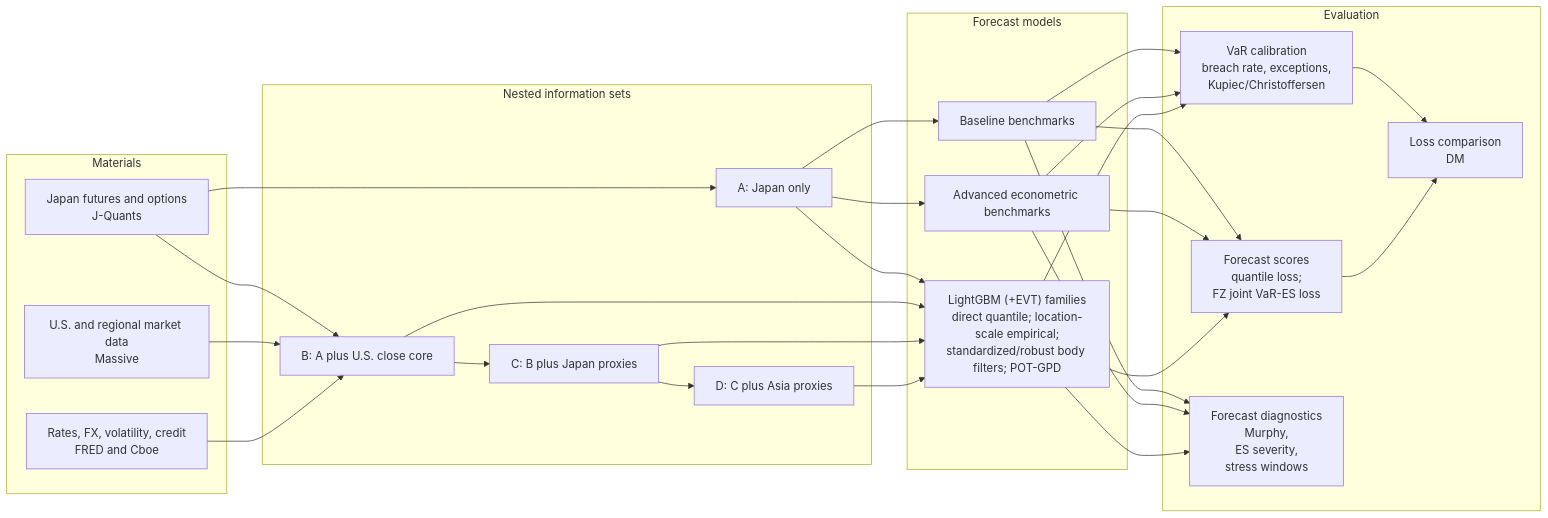
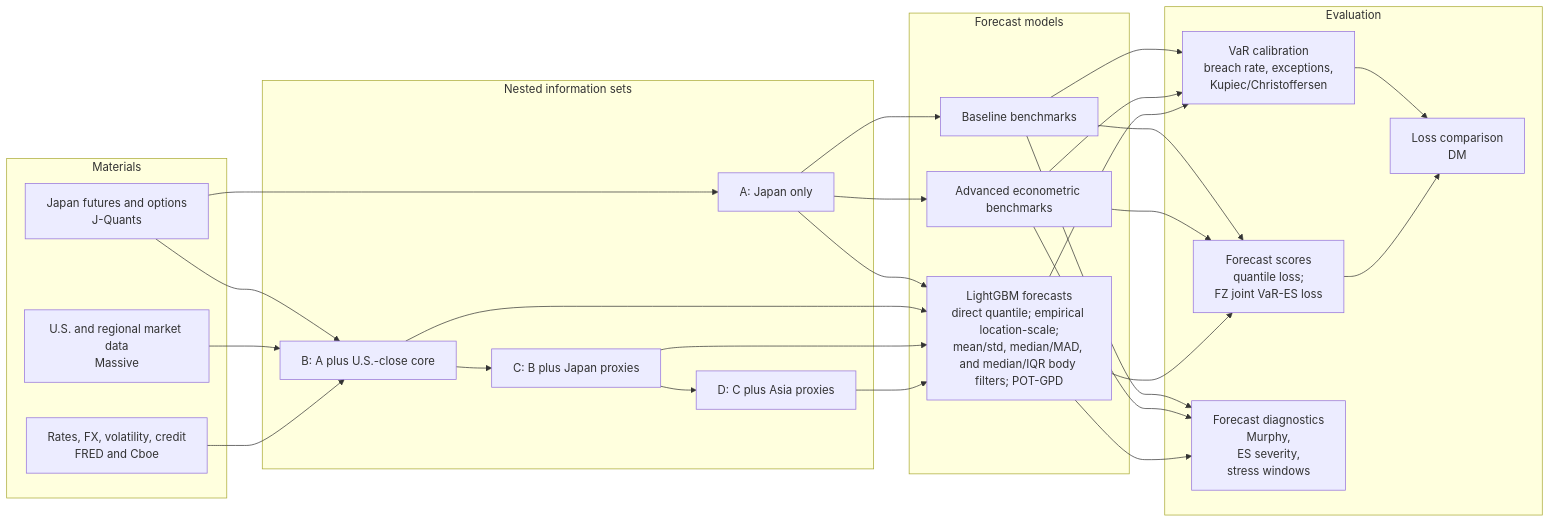
One commit to TY-Cheng/n225-open-gap-tail changed the second of 2 diagrams in docs/paper_plan.md. Above: the diagram before and after it, drawn with Mermaid. The commit also changed other lines of this file and 70 other files, not shown here.

Commit message:
Improve publication figure export

````diff
--- a/docs/paper_plan.md
+++ b/docs/paper_plan.md
@@ -486,52 +490,52 @@
 ```mermaid
 flowchart LR
     subgraph Data["Materials"]
         J["Japan futures and options<br/>J-Quants"]
         U["U.S. and regional market data<br/>Massive"]
         M["Rates, FX, volatility, credit<br/>FRED and Cboe"]
     end
 
     subgraph Features["Nested information sets"]
         A["A: Japan only"]
-        B["B: A plus U.S. close core"]
+        B["B: A plus U.S.-close core"]
         C["C: B plus Japan proxies"]
         D["D: C plus Asia proxies"]
     end
 
     subgraph Models["Forecast models"]
         BF["Baseline benchmarks"]
         AB["Advanced econometric benchmarks"]
-        LGBM["LightGBM (+EVT) families<br/>direct quantile; location-scale empirical;<br/>standardized/robust body filters; POT-GPD"]
+        LGBM["LightGBM forecasts<br/>direct quantile; empirical location-scale;<br/>mean/std, median/MAD, and median/IQR body filters; POT-GPD"]
     end
 
     subgraph Evaluation["Evaluation"]
         CAL["VaR calibration<br/>breach rate, exceptions,<br/>Kupiec/Christoffersen"]
         LOSS["Forecast scores<br/>quantile loss;<br/>FZ joint VaR-ES loss"]
         INF["Loss comparison<br/>DM"]
         DIAG["Forecast diagnostics<br/>Murphy,<br/>ES severity,<br/>stress windows"]
     end
 
     J --> A
     J --> B
     U --> B
     M --> B
     B --> C
     C --> D
     A --> BF
     A --> AB
     A --> LGBM
     B --> LGBM
     C --> LGBM
     D --> LGBM
     BF --> CAL
     BF --> LOSS
     BF --> DIAG
     AB --> CAL
     AB --> LOSS
     AB --> DIAG
     LGBM --> CAL
     LGBM --> LOSS
     LGBM --> DIAG
     CAL --> INF
     LOSS --> INF
 ```
````
